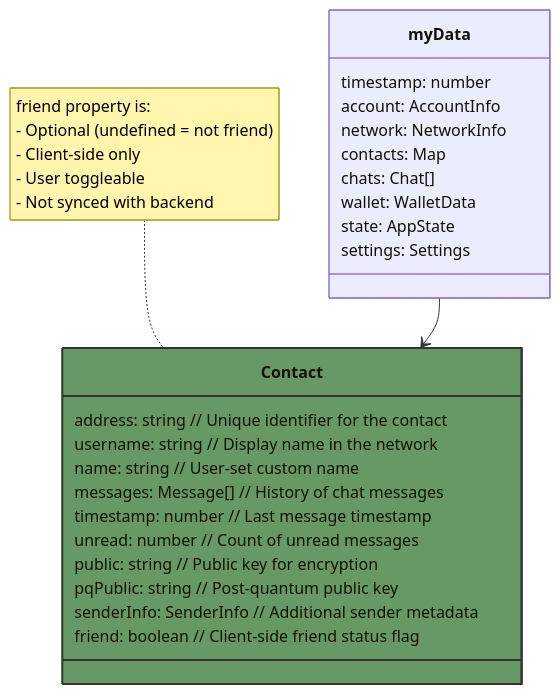
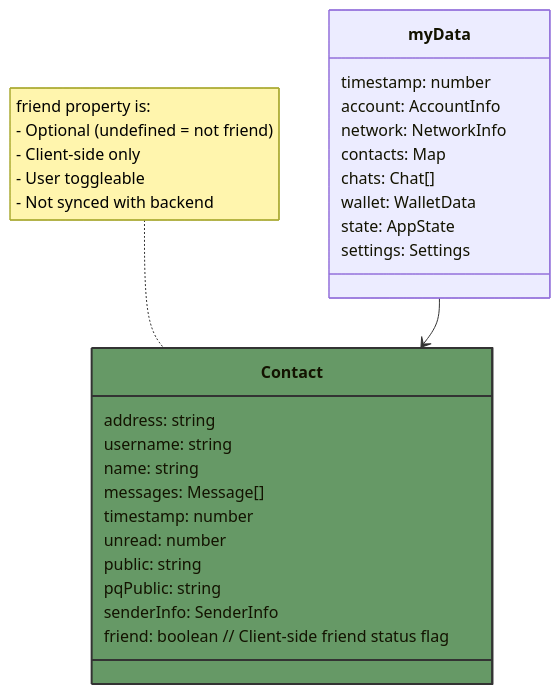
Before and after one commit to silver83p/web-client-v2: the first of 3 diagrams in data_structures_flow/friended-flow.md, drawn with Mermaid. The commit also changed other lines of this file and 2 other files, not shown here.

First line of the commit message:
Implement friend status toggle in contact info modal

````diff
--- a/data_structures_flow/friended-flow.md
+++ b/data_structures_flow/friended-flow.md
@@ -9,36 +9,36 @@
 ```mermaid
 classDiagram
     class myData {
         timestamp: number
         account: AccountInfo
         network: NetworkInfo
         contacts: Map<address, Contact>
         chats: Chat[]
         wallet: WalletData
         state: AppState
         settings: Settings
     }
 
     class Contact {
-        address: string        // Unique identifier for the contact
-        username: string       // Display name in the network
-        name: string          // User-set custom name
-        messages: Message[]    // History of chat messages
-        timestamp: number      // Last message timestamp
-        unread: number        // Count of unread messages
-        public: string        // Public key for encryption
-        pqPublic: string      // Post-quantum public key
-        senderInfo: SenderInfo // Additional sender metadata
+        address: string        
+        username: string       
+        name: string          
+        messages: Message[]    
+        timestamp: number      
+        unread: number        
+        public: string        
+        pqPublic: string      
+        senderInfo: SenderInfo 
         friend: boolean       // Client-side friend status flag
     }
 
     note for Contact "friend property is:
         - Optional (undefined = not friend)
         - Client-side only
         - User toggleable
         - Not synced with backend"
 
     myData --> Contact
 
     style Contact fill:#696,stroke:#333,stroke-width:2px
 ```
````
